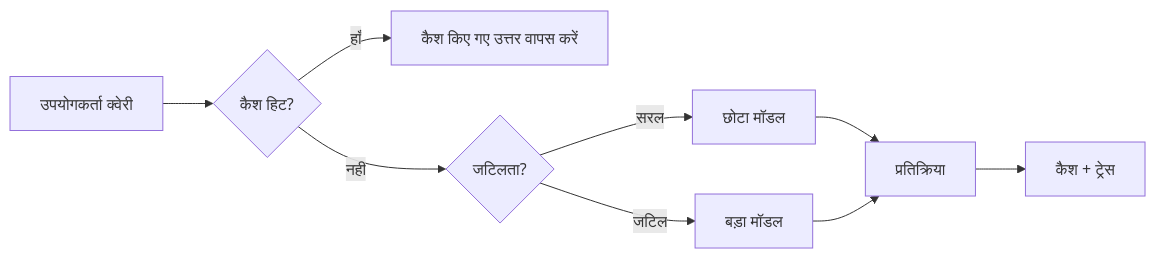
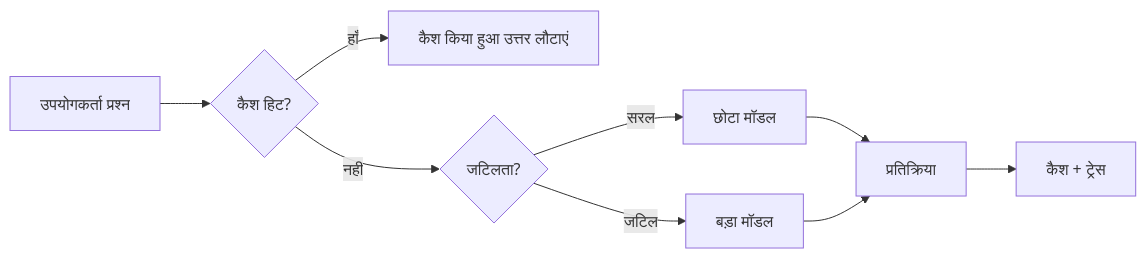
Before and after one commit to microsoft/ai-agents-for-beginners: the third of 4 diagrams in translations/hi/16-deploying-scalable-agents/README.md, drawn with Mermaid. The commit also changed other lines of this file and 46 other files, not shown here.

````diff
--- a/translations/hi/16-deploying-scalable-agents/README.md
+++ b/translations/hi/16-deploying-scalable-agents/README.md
@@ -134,11 +134,11 @@
 ```mermaid
 flowchart LR
-    Q[उपयोगकर्ता क्वेरी] --> C{कैश हिट?}
-    C -->|हाँ| R[कैश किए गए उत्तर वापस करें]
+    Q[उपयोगकर्ता प्रश्न] --> C{कैश हिट?}
+    C -->|हाँ| R[कैश किया हुआ उत्तर लौटाएं]
     C -->|नहीं| Router{जटिलता?}
     Router -->|सरल| SLM[छोटा मॉडल]
     Router -->|जटिल| LLM[बड़ा मॉडल]
     SLM --> Out[प्रतिक्रिया]
     LLM --> Out
     Out --> Store[कैश + ट्रेस]
 ```
````
